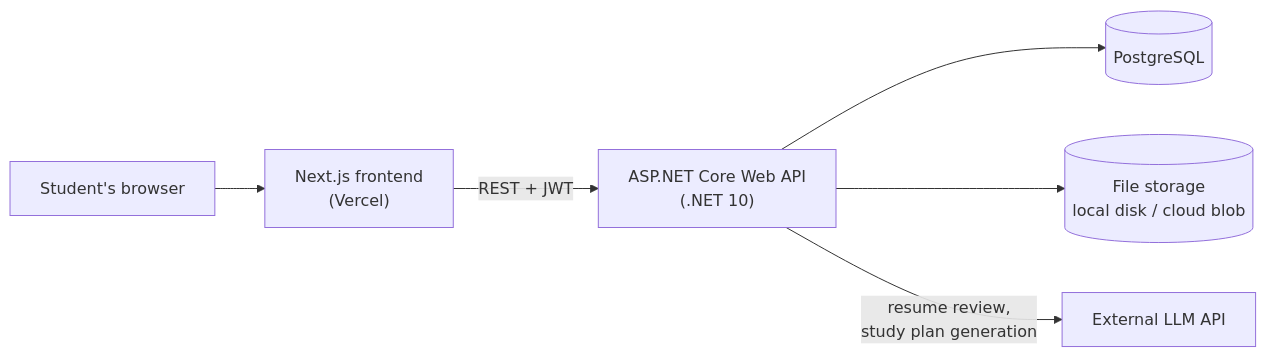
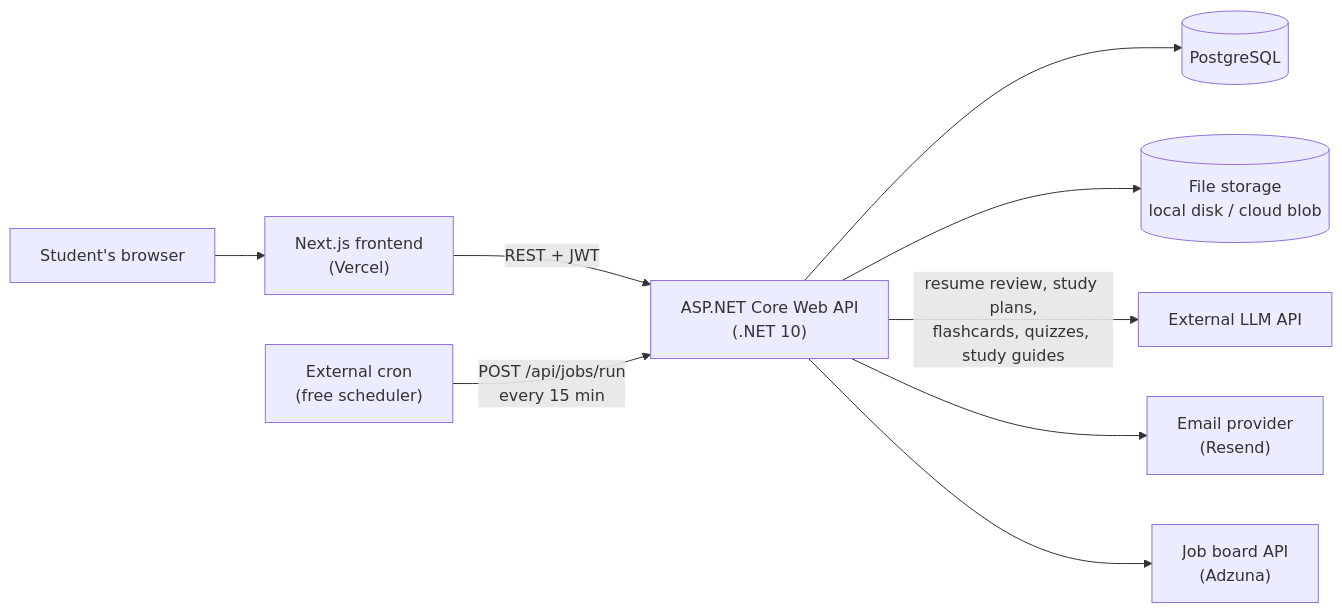
The diagram in docs/Architecture.md (mckenzie-northington/PursuitHQ), drawn with Mermaid before and after one commit. The commit also changed other lines of this file and 7 other files, not shown here.

First line of the commit message:
Expand plan: email reminders, calendar events, job search, AI study tools

````diff
--- a/docs/Architecture.md
+++ b/docs/Architecture.md
@@ -5,15 +5,21 @@
 ```mermaid
 flowchart LR
     Browser["Student's browser"]
     Next["Next.js frontend<br/>(Vercel)"]
     API["ASP.NET Core Web API<br/>(.NET 10)"]
     DB[("PostgreSQL")]
     Files[("File storage<br/>local disk / cloud blob")]
     AI["External LLM API"]
+    Email["Email provider<br/>(Resend)"]
+    Jobs["Job board API<br/>(Adzuna)"]
+    Cron["External cron<br/>(free scheduler)"]
 
     Browser --> Next
     Next -->|"REST + JWT"| API
     API --> DB
     API --> Files
-    API -->|"resume review,<br/>study plan generation"| AI
+    API -->|"resume review, study plans,<br/>flashcards, quizzes, study guides"| AI
+    API --> Email
+    API --> Jobs
+    Cron -->|"POST /api/jobs/run<br/>every 15 min"| API
 ```
````
